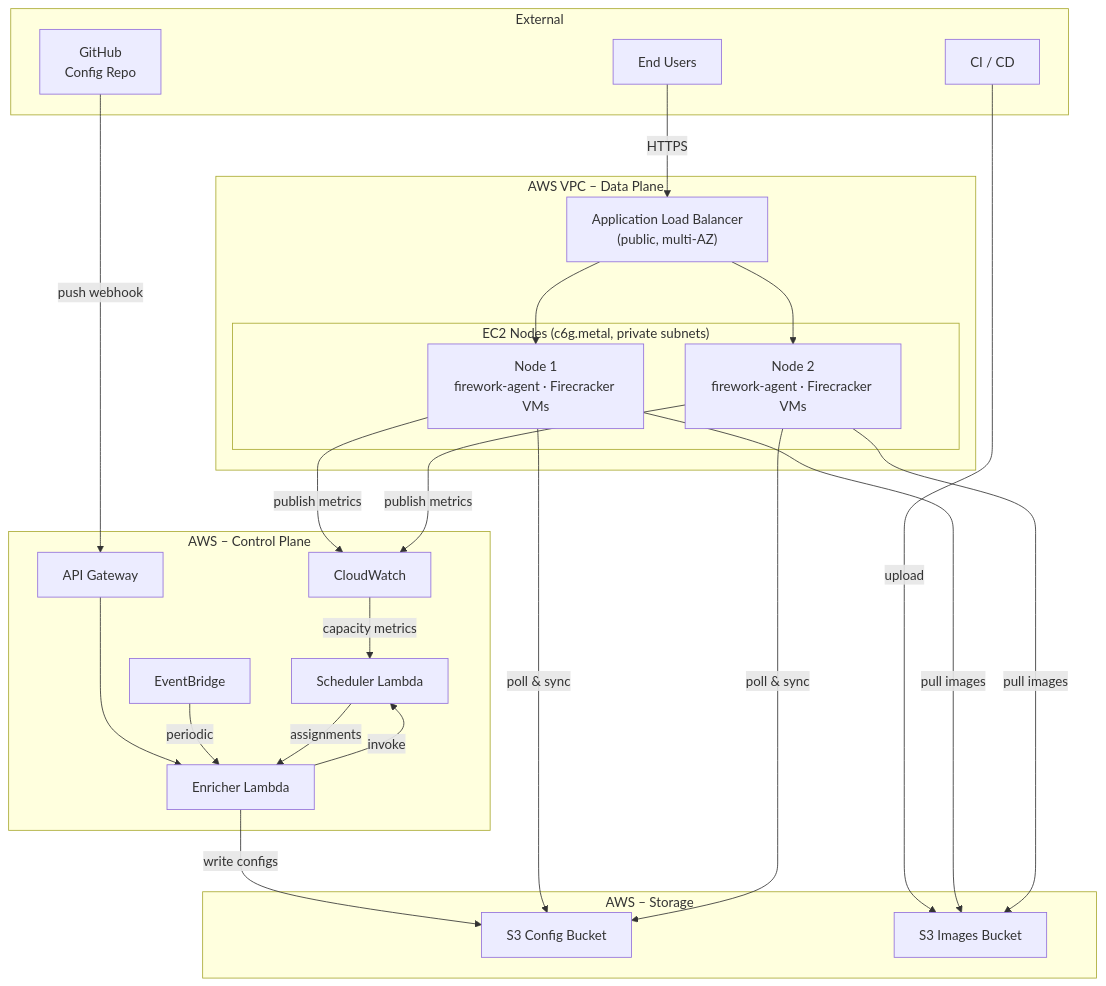
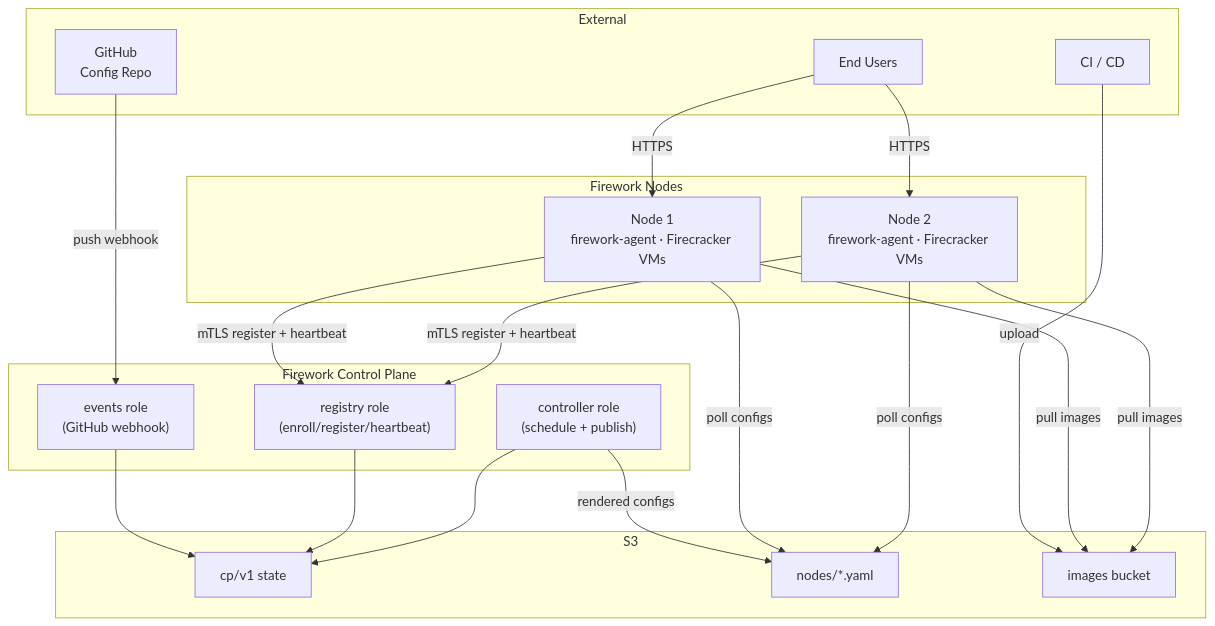
One commit to artemnikitin/firework changed the diagram in README.md. Above: the diagram before and after it, drawn with Mermaid. The commit also changed other lines of this file and 49 other files, not shown here.

First line of the commit message:
Refactor control plane module (#6)

````diff
--- a/README.md
+++ b/README.md
@@ -16,45 +17,36 @@
 ```mermaid
 flowchart TB
     subgraph external["External"]
         USER["End Users"]
         GITHUB["GitHub\nConfig Repo"]
         CI["CI / CD"]
     end
 
-    subgraph control_plane["AWS – Control Plane"]
-        APIGW["API Gateway"]
-        EB["EventBridge"]
-        ENRICHER["Enricher Lambda"]
-        SCHED["Scheduler Lambda"]
-        CW["CloudWatch"]
+    subgraph control_plane["Firework Control Plane"]
+        REG["registry role\n(enroll/register/heartbeat)"]
+        EV["events role\n(GitHub webhook)"]
+        CTRL["controller role\n(schedule + publish)"]
     end
 
-    subgraph storage["AWS – Storage"]
-        S3CFG["S3 Config Bucket"]
-        S3IMG["S3 Images Bucket"]
+    subgraph storage["S3"]
+        S3STATE["cp/v1 state"]
+        S3CFG["nodes/*.yaml"]
+        S3IMG["images bucket"]
     end
 
-    subgraph vpc["AWS VPC – Data Plane"]
-        ALB["Application Load Balancer\n(public, multi-AZ)"]
-        subgraph nodes["EC2 Nodes  (c6g.metal, private subnets)"]
-            N1["Node 1\nfirework-agent · Firecracker VMs"]
-            N2["Node 2\nfirework-agent · Firecracker VMs"]
-        end
+    subgraph data_plane["Firework Nodes"]
+        N1["Node 1\nfirework-agent · Firecracker VMs"]
+        N2["Node 2\nfirework-agent · Firecracker VMs"]
     end
 
-    USER -->|HTTPS| ALB
-    ALB --> N1 & N2
-
-    GITHUB -->|push webhook| APIGW
-    APIGW --> ENRICHER
-    EB -->|periodic| ENRICHER
-    ENRICHER -->|invoke| SCHED
-    CW -->|capacity metrics| SCHED
-    SCHED -->|assignments| ENRICHER
-    ENRICHER -->|write configs| S3CFG
+    USER -->|HTTPS| N1 & N2
+    GITHUB -->|push webhook| EV
+    EV --> S3STATE
+    REG --> S3STATE
+    CTRL --> S3STATE
+    CTRL -->|rendered configs| S3CFG
     CI -->|upload| S3IMG
-
-    N1 & N2 -->|poll & sync| S3CFG
+    N1 & N2 -->|mTLS register + heartbeat| REG
+    N1 & N2 -->|poll configs| S3CFG
     N1 & N2 -->|pull images| S3IMG
-    N1 & N2 -->|publish metrics| CW
 ```
````
